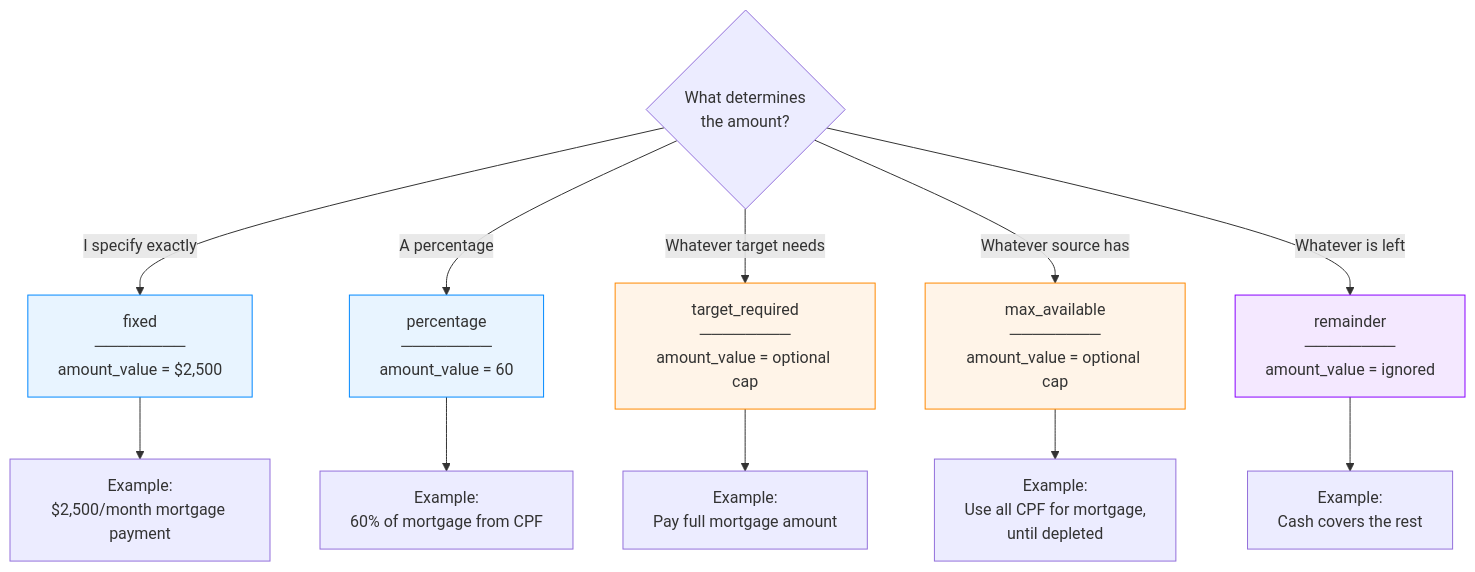
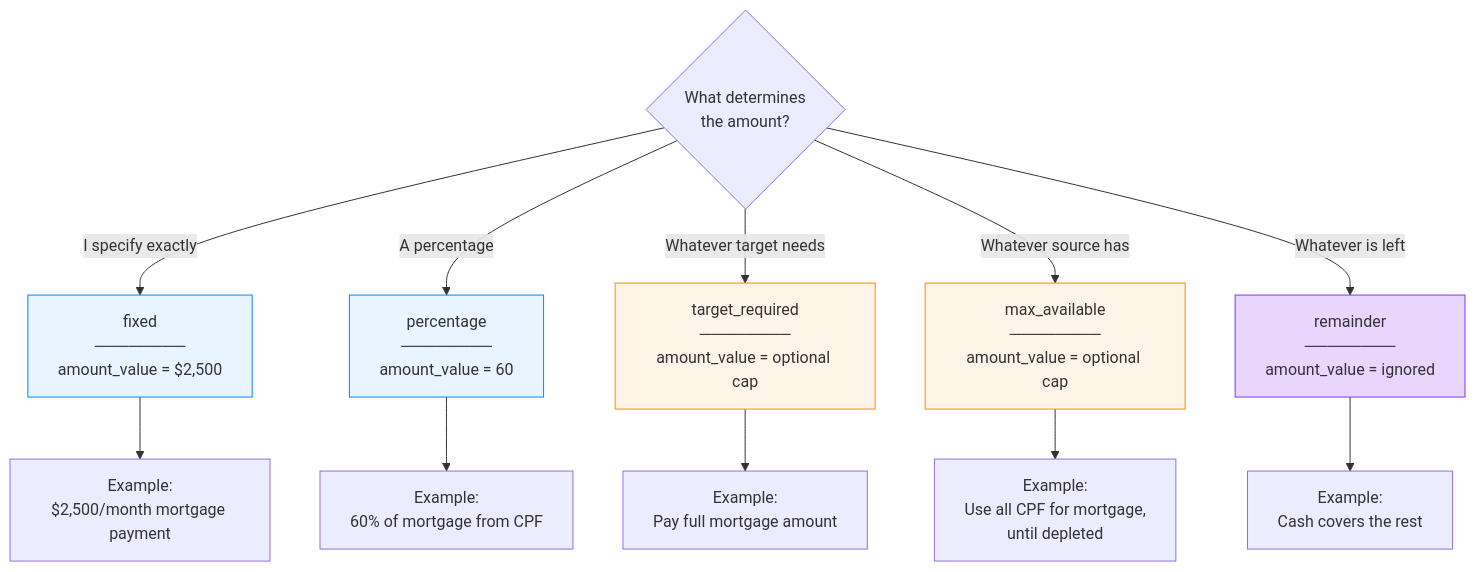
The seventh of 11 diagrams in specs/fund-flow-rules.md (jcleow/wealthproject), drawn with Mermaid before and after one commit. The commit also changed other lines of this file and 3 other files, not shown here.

First line of the commit message:
feat(fund-flow-rules): add Phase 4 expense rules spec and comprehensive tests

````diff
--- a/specs/fund-flow-rules.md
+++ b/specs/fund-flow-rules.md
@@ -389,22 +397,22 @@
 ```mermaid
 flowchart TD
     Q1{"What determines<br/>the amount?"}
 
     Q1 -->|"I specify exactly"| Fixed["fixed<br/>────────<br/>amount_value = $2,500"]
     Q1 -->|"A percentage"| Percentage["percentage<br/>────────<br/>amount_value = 60"]
     Q1 -->|"Whatever target needs"| TargetReq["target_required<br/>────────<br/>amount_value = optional cap"]
     Q1 -->|"Whatever source has"| MaxAvail["max_available<br/>────────<br/>amount_value = optional cap"]
     Q1 -->|"Whatever is left"| Remainder["remainder<br/>────────<br/>amount_value = ignored"]
 
     Fixed --> Ex1["Example:<br/>$2,500/month mortgage payment"]
     Percentage --> Ex2["Example:<br/>60% of mortgage from CPF"]
     TargetReq --> Ex3["Example:<br/>Pay full mortgage amount"]
     MaxAvail --> Ex4["Example:<br/>Use all CPF for mortgage,<br/>until depleted"]
     Remainder --> Ex5["Example:<br/>Cash covers the rest"]
 
     style Fixed fill:#e8f4ff,stroke:#08f
     style Percentage fill:#e8f4ff,stroke:#08f
     style TargetReq fill:#fff4e8,stroke:#f80
     style MaxAvail fill:#fff4e8,stroke:#f80
-    style Remainder fill:#f4e8ff,stroke:#80f
+    style Remainder fill:#e9d5ff,stroke:#7c3aed
 ```
````
